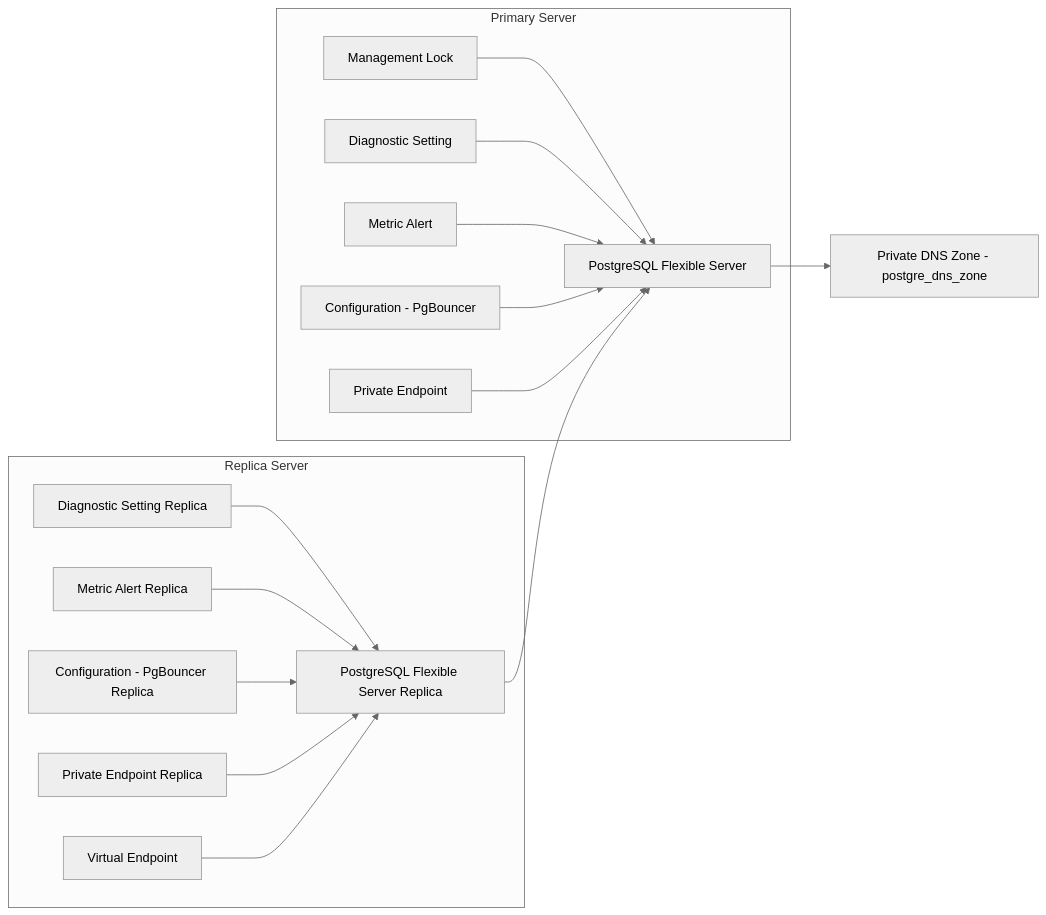
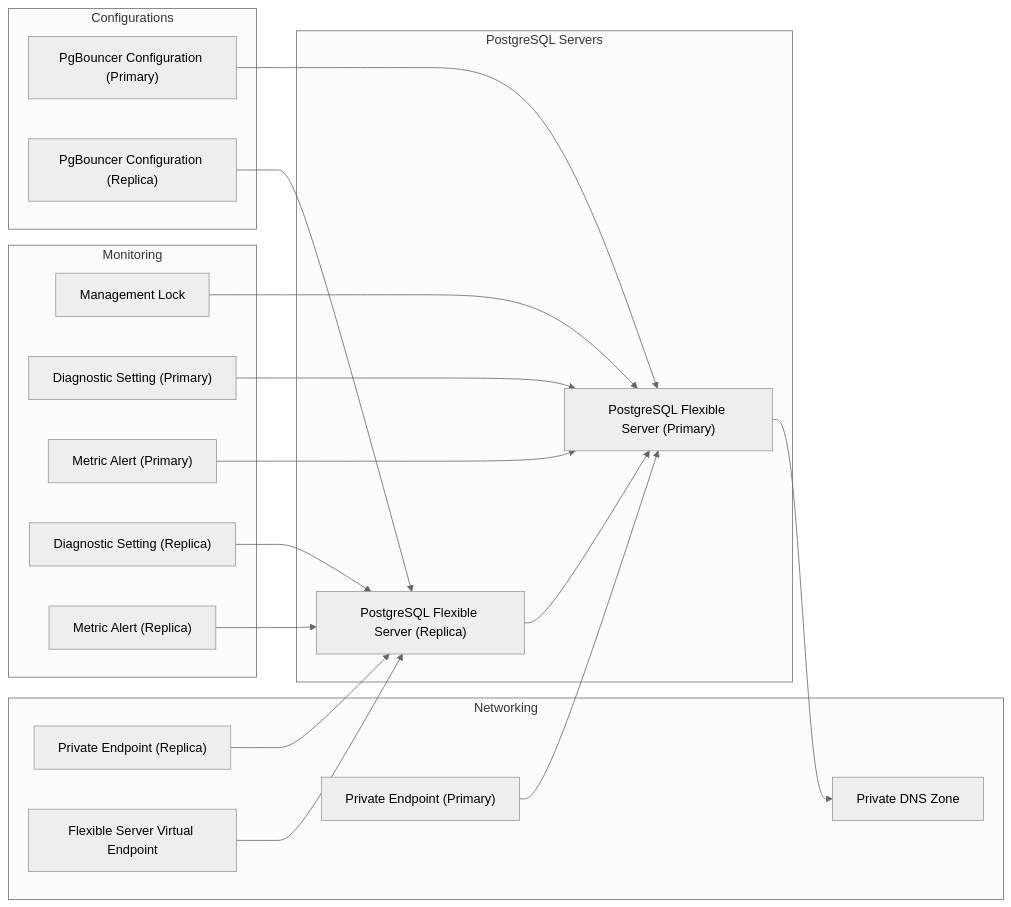
One commit to pagopa/dx changed the diagram in infra/modules/azure_postgres_server/README.md. Above: the diagram before and after it, drawn with Mermaid (neutral theme). The commit also changed 27 other files, not shown here.

Commit message:
docs: ✨ Generate Mermaid diagrams for all .dot ✨

````diff
--- a/infra/modules/azure_postgres_server/README.md
+++ b/infra/modules/azure_postgres_server/README.md
@@ -32,38 +32,41 @@
 ```mermaid
 graph LR
 
-subgraph Primary Server
-  PrimaryServer["PostgreSQL Flexible Server"]
-  PgbouncerConfig["Configuration - PgBouncer"]
-  PrivateEndpoint["Private Endpoint"]
-  DiagnosticSettingPrimary["Diagnostic Setting"]
-  MetricAlertPrimary["Metric Alert"]
-  ManagementLock["Management Lock"]
+subgraph PostgreSQL Servers
+  PostgresPrimary["PostgreSQL Flexible Server (Primary)"]
+  PostgresReplica["PostgreSQL Flexible Server (Replica)"]
 end
 
-subgraph Replica Server
-  ReplicaServer["PostgreSQL Flexible Server Replica"]
-  PgbouncerConfigReplica["Configuration - PgBouncer Replica"]
-  PrivateEndpointReplica["Private Endpoint Replica"]
-  DiagnosticSettingReplica["Diagnostic Setting Replica"]
-  MetricAlertReplica["Metric Alert Replica"]
-  VirtualEndpoint["Virtual Endpoint"]
+subgraph Monitoring
+  ManagementLock["Management Lock"]
+  DSPrimary["Diagnostic Setting (Primary)"]
+  MAPrimary["Metric Alert (Primary)"]
+  DSReplica["Diagnostic Setting (Replica)"]
+  MAReplica["Metric Alert (Replica)"]
 end
 
-PrivateDNSZone["Private DNS Zone - postgre_dns_zone"]
+subgraph Configurations
+  ConfigPrimary["PgBouncer Configuration (Primary)"]
+  ConfigReplica["PgBouncer Configuration (Replica)"]
+end
 
-ManagementLock --> PrimaryServer
-DiagnosticSettingPrimary --> PrimaryServer
-MetricAlertPrimary --> PrimaryServer
-PgbouncerConfig --> PrimaryServer
-PrivateEndpoint --> PrimaryServer
+subgraph Networking
+  PrivateEndpointPrimary["Private Endpoint (Primary)"]
+  PrivateEndpointReplica["Private Endpoint (Replica)"]
+  VirtualEndpoint["Flexible Server Virtual Endpoint"]
+  DNSZone["Private DNS Zone"]
+end
 
-DiagnosticSettingReplica --> ReplicaServer
-MetricAlertReplica --> ReplicaServer
-PgbouncerConfigReplica --> ReplicaServer
-PrivateEndpointReplica --> ReplicaServer
-VirtualEndpoint --> ReplicaServer
-
-ReplicaServer --> PrimaryServer
-PrimaryServer --> PrivateDNSZone
+ManagementLock --> PostgresPrimary
+DSPrimary --> PostgresPrimary
+MAPrimary --> PostgresPrimary
+DSReplica --> PostgresReplica
+MAReplica --> PostgresReplica
+PostgresReplica --> PostgresPrimary
+PostgresPrimary --> DNSZone
+ConfigPrimary --> PostgresPrimary
+ConfigReplica --> PostgresReplica
+VirtualEndpoint --> PostgresReplica
+PrivateEndpointPrimary --> PostgresPrimary
+PrivateEndpointReplica --> PostgresReplica
 ```
````
